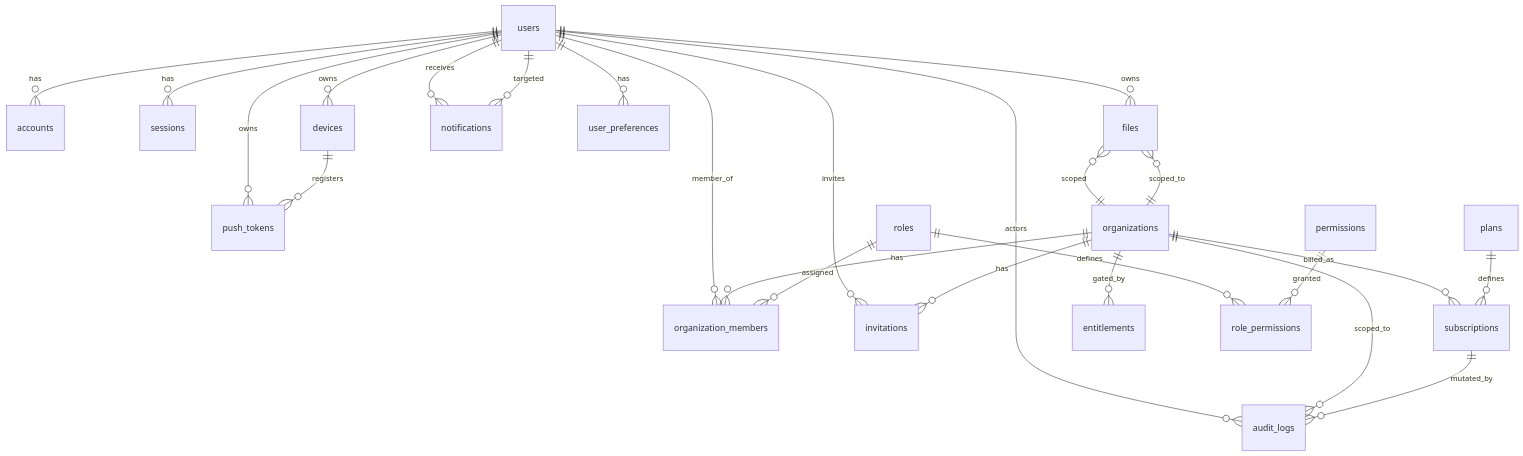
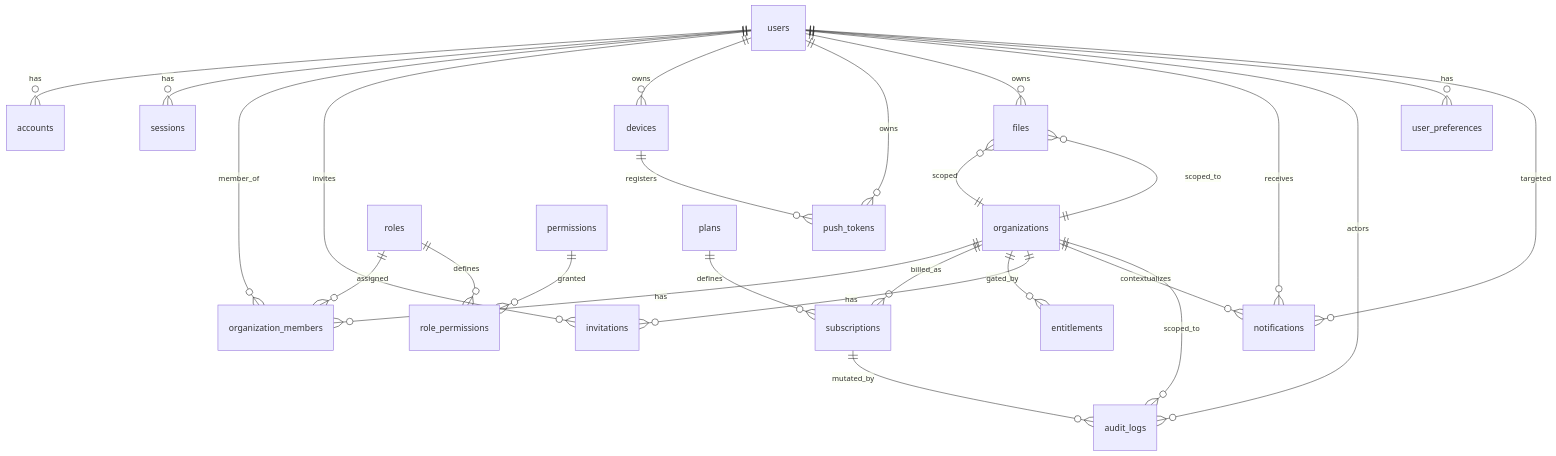
One commit to kranthik10/supastarter-expo changed the diagram in docs/phase-3-erd.md. Above: the diagram before and after it, drawn with Mermaid. The commit also changed other lines of this file and 29 other files, not shown here.

````diff
--- a/docs/phase-3-erd.md
+++ b/docs/phase-3-erd.md
@@ -8,31 +8,32 @@
 ```mermaid
 erDiagram
   users ||--o{ accounts : has
   users ||--o{ sessions : has
   users ||--o{ organization_members : member_of
   users ||--o{ invitations : invites
   users ||--o{ devices : owns
   users ||--o{ push_tokens : owns
   users ||--o{ files : owns
   users ||--o{ notifications : receives
   users ||--o{ audit_logs : actors
   users ||--o{ user_preferences : has
 
   organizations ||--o{ organization_members : has
   organizations ||--o{ subscriptions : billed_as
   organizations ||--o{ entitlements : gated_by
   organizations ||--o{ invitations : has
   organizations ||--o{ files : scoped_to
+  organizations ||--o{ notifications : contextualizes
   organizations ||--o{ audit_logs : scoped_to
 
   roles ||--o{ organization_members : assigned
   roles ||--o{ role_permissions : defines
   permissions ||--o{ role_permissions : granted
 
   plans ||--o{ subscriptions : defines
   subscriptions ||--o{ audit_logs : mutated_by
 
   devices ||--o{ push_tokens : registers
   files }o--|| organizations : scoped
   notifications }o--|| users : targeted
 ```
````
